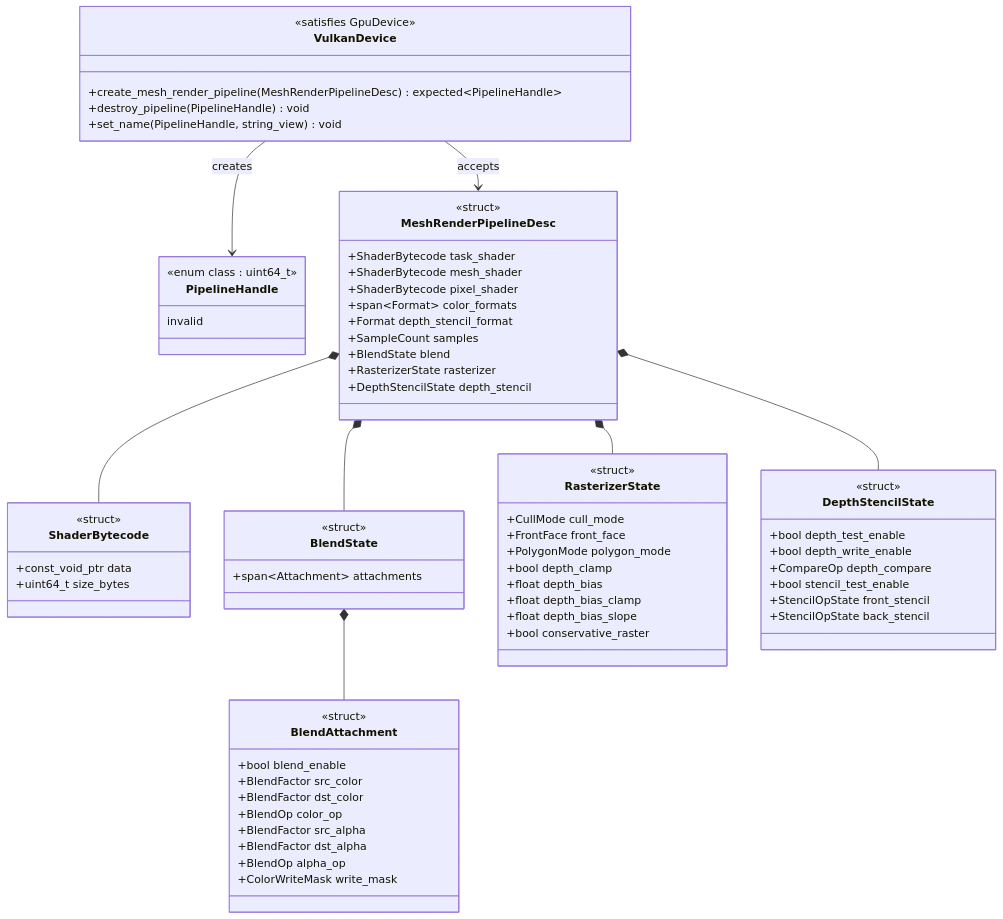
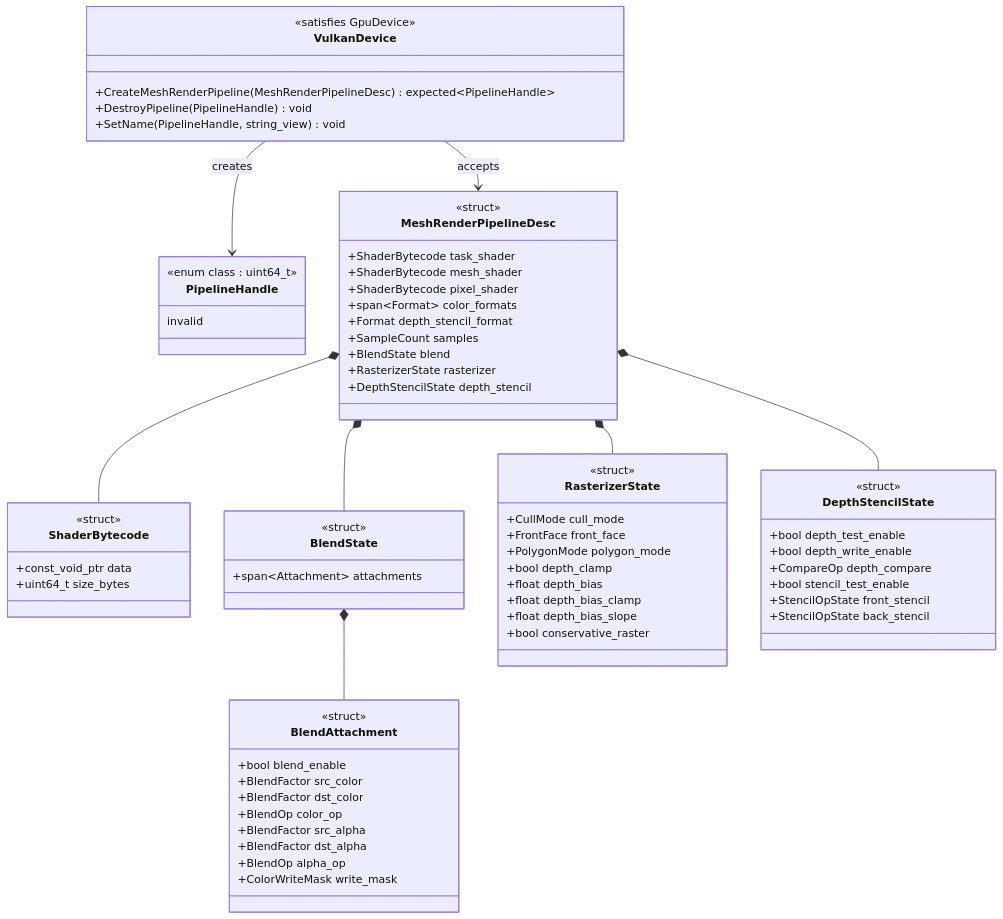
Before and after one commit to harmonius-dev/harmonius: diagram 18 of 34 in docs/design/gpu-backend-vulkan-classes.md, drawn with Mermaid. The commit also changed other lines of this file and 67 other files, not shown here.

````diff
--- a/docs/design/gpu-backend-vulkan-classes.md
+++ b/docs/design/gpu-backend-vulkan-classes.md
@@ -922,73 +922,73 @@
 ```mermaid
 classDiagram
     class VulkanDevice {
         <<satisfies GpuDevice>>
-        +create_mesh_render_pipeline(MeshRenderPipelineDesc) expected~PipelineHandle~
-        +destroy_pipeline(PipelineHandle) void
-        +set_name(PipelineHandle, string_view) void
+        +CreateMeshRenderPipeline(MeshRenderPipelineDesc) expected~PipelineHandle~
+        +DestroyPipeline(PipelineHandle) void
+        +SetName(PipelineHandle, string_view) void
     }
     class PipelineHandle {
         <<enum class : uint64_t>>
         invalid
     }
     class MeshRenderPipelineDesc {
         <<struct>>
         +ShaderBytecode task_shader
         +ShaderBytecode mesh_shader
         +ShaderBytecode pixel_shader
         +span~Format~ color_formats
         +Format depth_stencil_format
         +SampleCount samples
         +BlendState blend
         +RasterizerState rasterizer
         +DepthStencilState depth_stencil
     }
     class ShaderBytecode {
         <<struct>>
         +const_void_ptr data
         +uint64_t size_bytes
     }
     class BlendState {
         <<struct>>
         +span~Attachment~ attachments
     }
     class BlendAttachment {
         <<struct>>
         +bool blend_enable
         +BlendFactor src_color
         +BlendFactor dst_color
         +BlendOp color_op
         +BlendFactor src_alpha
         +BlendFactor dst_alpha
         +BlendOp alpha_op
         +ColorWriteMask write_mask
     }
     class RasterizerState {
         <<struct>>
         +CullMode cull_mode
         +FrontFace front_face
         +PolygonMode polygon_mode
         +bool depth_clamp
         +float depth_bias
         +float depth_bias_clamp
         +float depth_bias_slope
         +bool conservative_raster
     }
     class DepthStencilState {
         <<struct>>
         +bool depth_test_enable
         +bool depth_write_enable
         +CompareOp depth_compare
         +bool stencil_test_enable
         +StencilOpState front_stencil
         +StencilOpState back_stencil
     }
 
     VulkanDevice --> PipelineHandle : creates
     VulkanDevice --> MeshRenderPipelineDesc : accepts
     MeshRenderPipelineDesc *-- ShaderBytecode
     MeshRenderPipelineDesc *-- BlendState
     MeshRenderPipelineDesc *-- RasterizerState
     MeshRenderPipelineDesc *-- DepthStencilState
     BlendState *-- BlendAttachment
 ```
````
